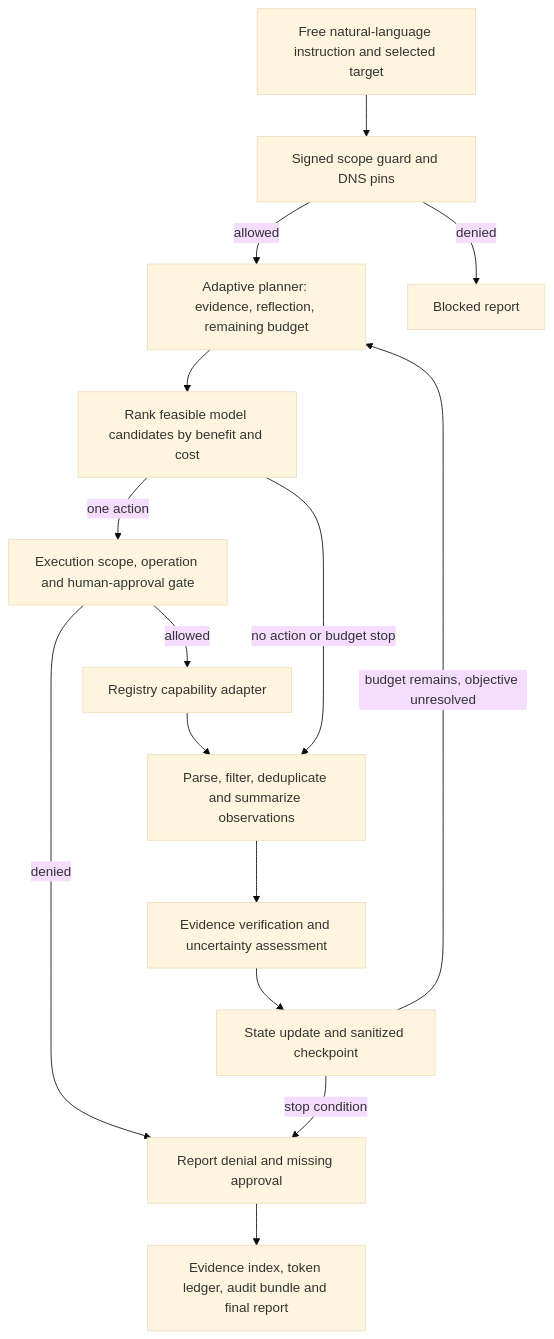
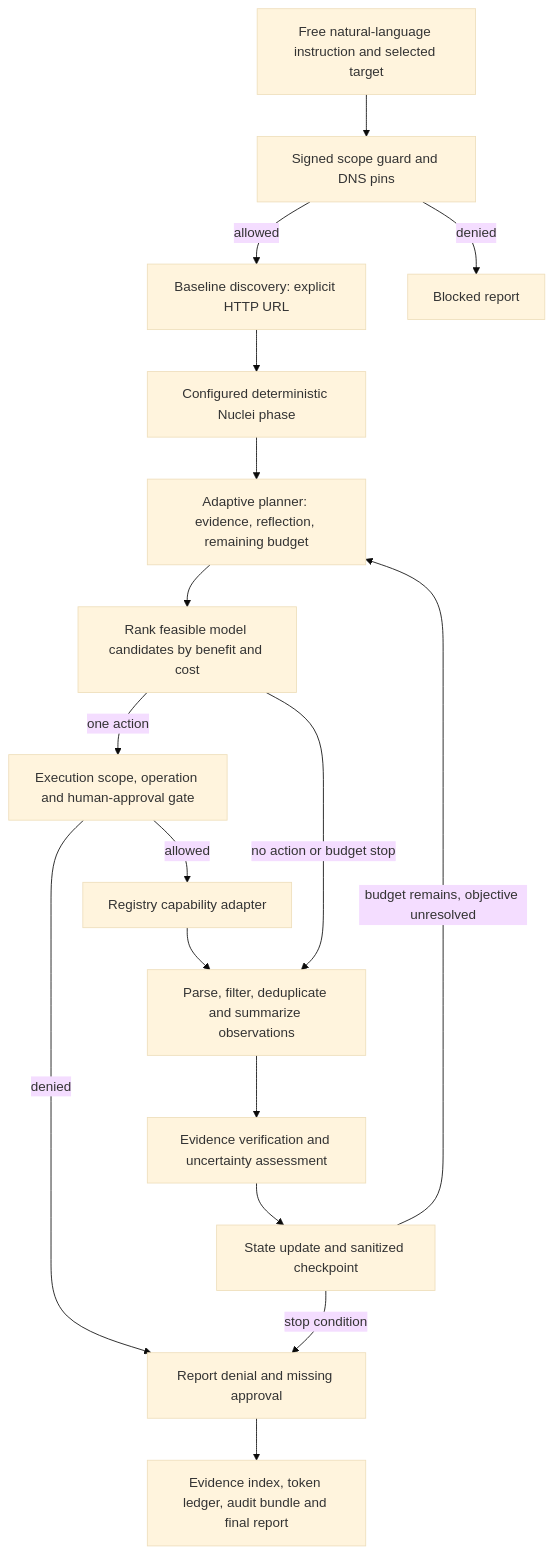
Before and after one commit to achrfi/ADAPTIX: the diagram in workflow.mmd, drawn with Mermaid (base theme). The commit also changed 516 other files, not shown here.

```diff
--- a/workflow.mmd
+++ b/workflow.mmd
@@ -1,15 +1,17 @@
 flowchart TD
   U[Free natural-language instruction and selected target] --> S[Signed scope guard and DNS pins]
-  S -->|allowed| P[Adaptive planner: evidence, reflection, remaining budget]
+  S -->|allowed| D[Baseline discovery: explicit HTTP URL]
+  D --> N[Configured deterministic Nuclei phase]
+  N --> P[Adaptive planner: evidence, reflection, remaining budget]
   S -->|denied| B[Blocked report]
   P --> C[Rank feasible model candidates by benefit and cost]
   C -->|one action| G[Execution scope, operation and human-approval gate]
   G -->|allowed| T[Registry capability adapter]
   G -->|denied| R[Report denial and missing approval]
   T --> O[Parse, filter, deduplicate and summarize observations]
   C -->|no action or budget stop| O
   O --> V[Evidence verification and uncertainty assessment]
   V --> K[State update and sanitized checkpoint]
   K -->|budget remains, objective unresolved| P
   K -->|stop condition| R
   R --> A[Evidence index, token ledger, audit bundle and final report]
```
